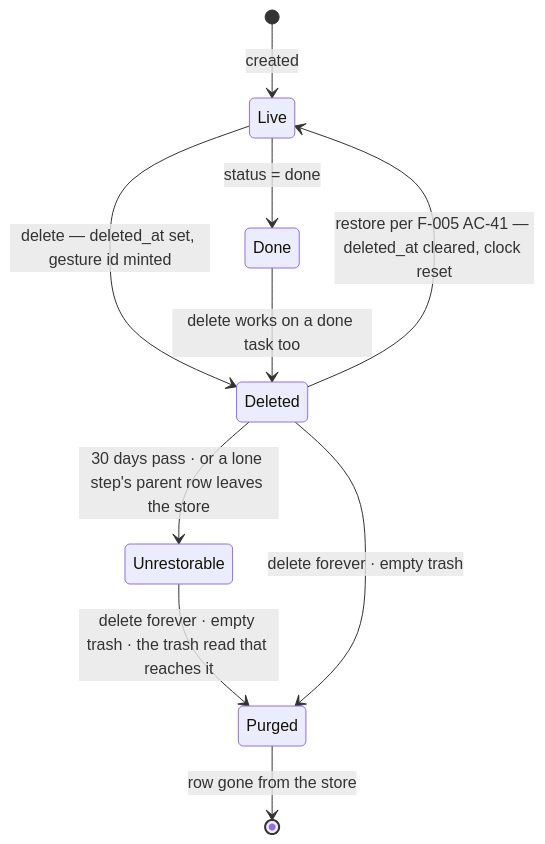
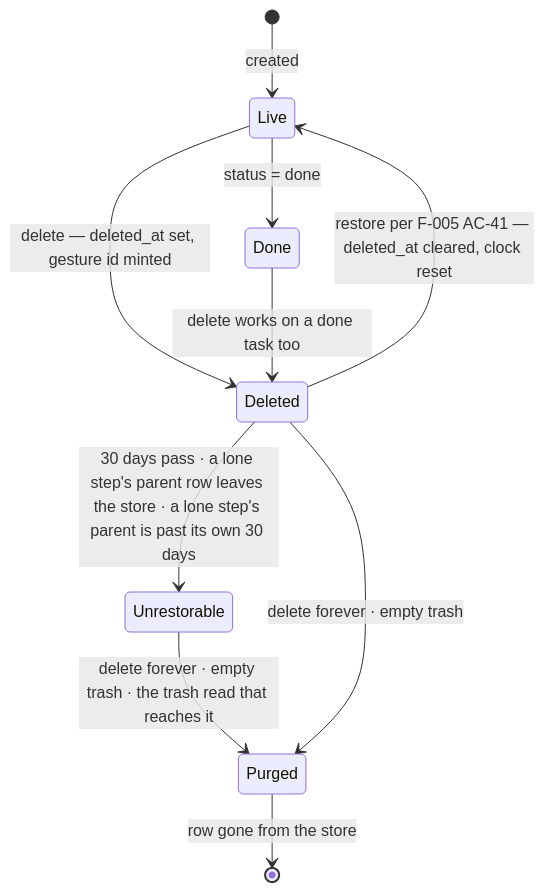
Before and after one commit to tandt53/todo-ai-redesign: the second of 2 diagrams in docs/specs/assistant/F-006-recently-deleted.md, drawn with Mermaid. The commit also changed other lines of this file and 6 other files, not shown here.

````diff
--- a/docs/specs/assistant/F-006-recently-deleted.md
+++ b/docs/specs/assistant/F-006-recently-deleted.md
@@ -159,12 +162,12 @@
 ```mermaid
 stateDiagram-v2
     [*] --> Live: created
     Live --> Deleted: delete — deleted_at set, gesture id minted
     Deleted --> Live: restore per F-005 AC-41 — deleted_at cleared, clock reset
-    Deleted --> Unrestorable: 30 days pass · or a lone step's parent row leaves the store
+    Deleted --> Unrestorable: 30 days pass · a lone step's parent row leaves the store · a lone step's parent is past its own 30 days
     Unrestorable --> Purged: delete forever · empty trash · the trash read that reaches it
     Deleted --> Purged: delete forever · empty trash
     Purged --> [*]: row gone from the store
     Live --> Done: status = done
     Done --> Deleted: delete works on a done task too
 ```
````
